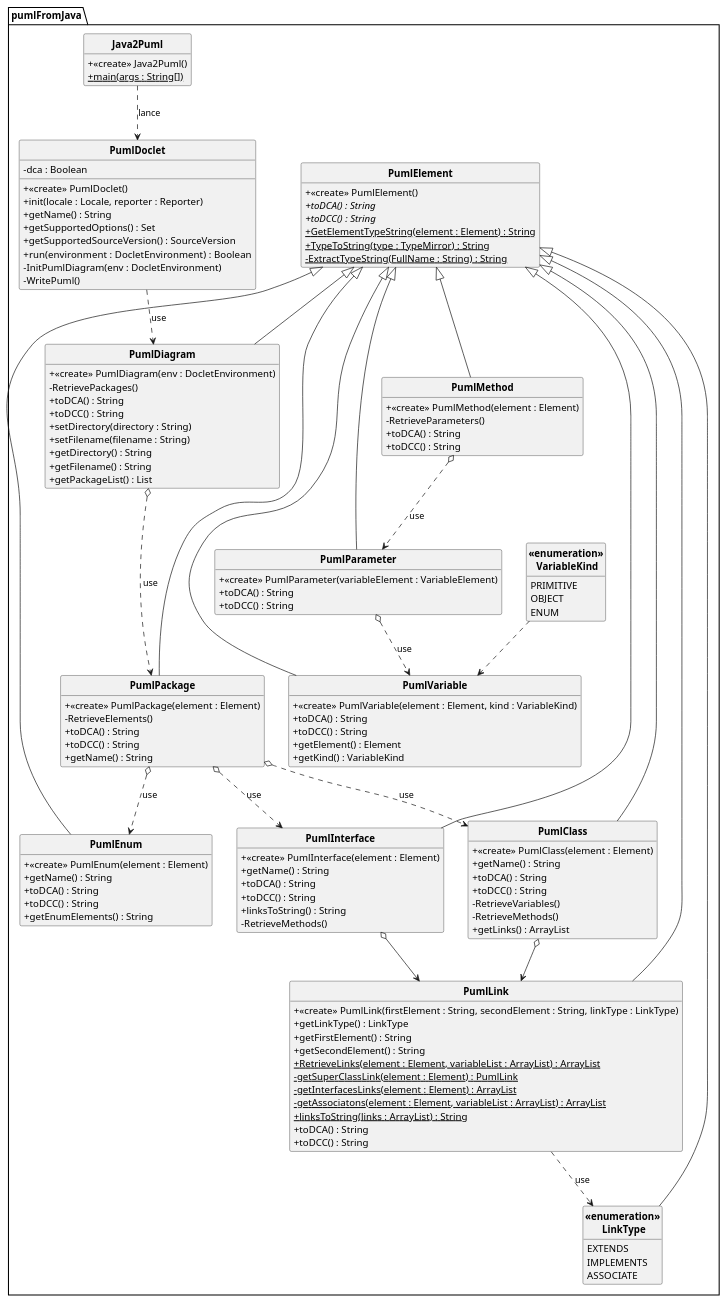
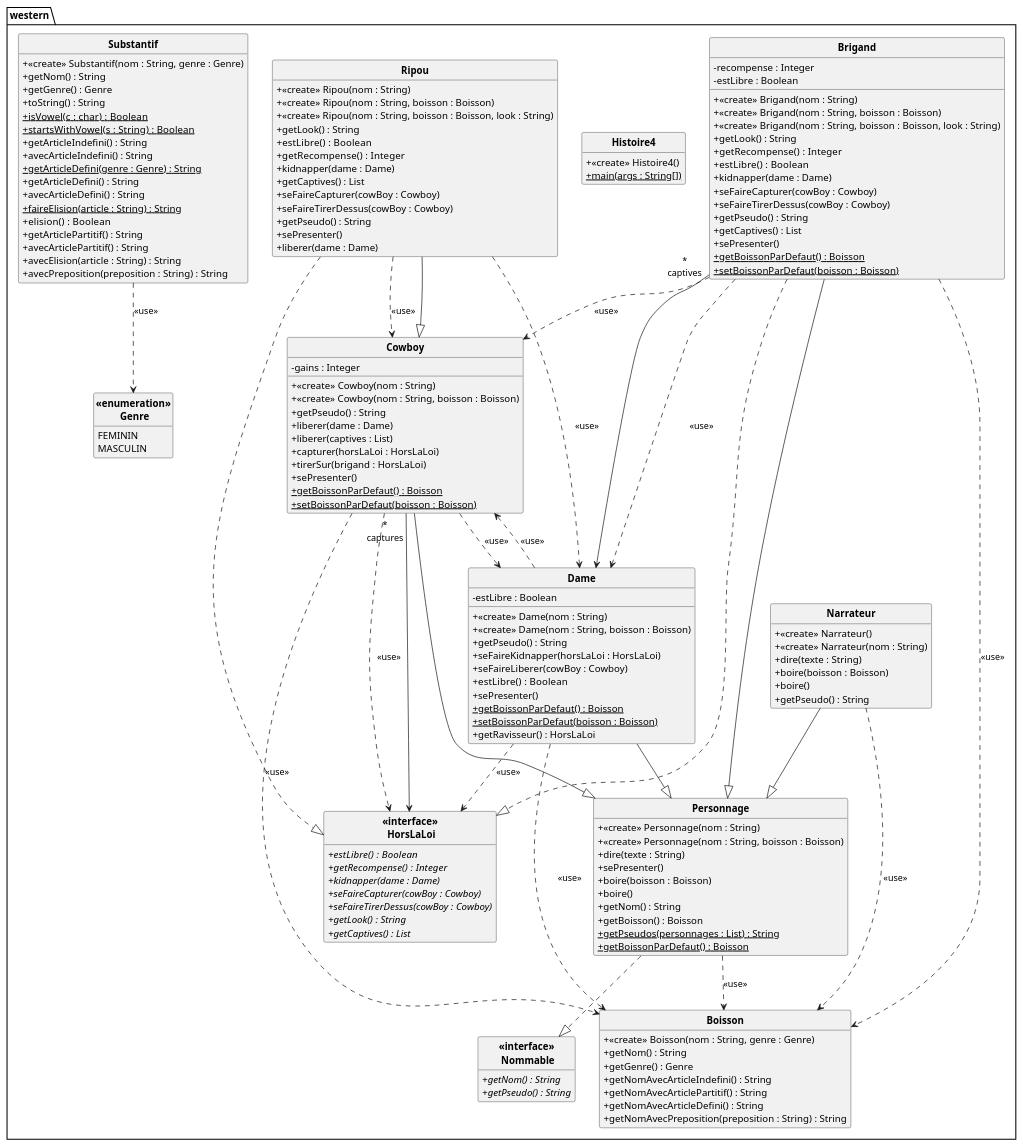
One commit to Lykomonix/API-JAVAtoPUML changed the diagram in uml/DCC API.puml. Above: the diagram before and after it, drawn with PlantUML. The commit also changed 2 other files, not shown here.

Commit message:
[*] DCA et DCC de l'API

```diff
--- a/uml/DCC API.puml
+++ b/uml/DCC API.puml
@@ -1,158 +1,198 @@
 @startuml
 
 skinparam style strictuml
 skinparam classAttributeIconSize 0
 skinparam classFontStyle Bold
 hide empty members
 
-Package "pumlFromJava" {
+Package "western" {
+class Boisson
+{
++ <<create>> Boisson(nom : String, genre : Genre)
++ getNom() : String
++ getGenre() : Genre
++ getNomAvecArticleIndefini() : String
++ getNomAvecArticlePartitif() : String
++ getNomAvecArticleDefini() : String
++ getNomAvecPreposition(preposition : String) : String
+}
 
-class Java2Puml
+class Brigand
 {
-+ <<create>> Java2Puml()
+- recompense : Integer
+- estLibre : Boolean
++ <<create>> Brigand(nom : String)
++ <<create>> Brigand(nom : String, boisson : Boisson)
++ <<create>> Brigand(nom : String, boisson : Boisson, look : String)
++ getLook() : String
++ getRecompense()  : Integer
++ estLibre()  : Boolean
++ kidnapper(dame : Dame)
++ seFaireCapturer(cowBoy : Cowboy)
++ seFaireTirerDessus(cowBoy : Cowboy)
++ getPseudo() : String
++ getCaptives() : List
++ sePresenter()
++ {static} getBoissonParDefaut() : Boisson
++ {static} setBoissonParDefaut(boisson : Boisson)
+}
+
+class Cowboy
+{
+- gains : Integer
++ <<create>> Cowboy(nom : String)
++ <<create>> Cowboy(nom : String, boisson : Boisson)
++ getPseudo() : String
++ liberer(dame : Dame)
++ liberer(captives : List)
++ capturer(horsLaLoi : HorsLaLoi)
++ tirerSur(brigand : HorsLaLoi)
++ sePresenter()
++ {static} getBoissonParDefaut() : Boisson
++ {static} setBoissonParDefaut(boisson : Boisson)
+}
+
+class Dame
+{
+- estLibre : Boolean
++ <<create>> Dame(nom : String)
++ <<create>> Dame(nom : String, boisson : Boisson)
++ getPseudo() : String
++ seFaireKidnapper(horsLaLoi : HorsLaLoi)
++ seFaireLiberer(cowBoy : Cowboy)
++ estLibre()  : Boolean
++ sePresenter()
++ {static} getBoissonParDefaut() : Boisson
++ {static} setBoissonParDefaut(boisson : Boisson)
++ getRavisseur() : HorsLaLoi
+}
+
+class Histoire4
+{
++ <<create>> Histoire4()
 + {static} main(args : String[])
 }
 
-class PumlClass extends PumlElement
+class Narrateur
 {
-+ <<create>> PumlClass(element : Element)
-+ getName() : String
-+ toDCA() : String
-+ toDCC() : String
-- RetrieveVariables()
-- RetrieveMethods()
-+ getLinks() : ArrayList
++ <<create>> Narrateur()
++ <<create>> Narrateur(nom : String)
++ dire(texte : String)
++ boire(boisson : Boisson)
++ boire()
++ getPseudo() : String
 }
 
-class PumlDiagram extends PumlElement
+class Personnage
 {
-+ <<create>> PumlDiagram(env : DocletEnvironment)
-- RetrievePackages()
-+ toDCA() : String
-+ toDCC() : String
-+ setDirectory(directory : String)
-+ setFilename(filename : String)
-+ getDirectory() : String
-+ getFilename() : String
-+ getPackageList() : List
++ <<create>> Personnage(nom : String)
++ <<create>> Personnage(nom : String, boisson : Boisson)
++ dire(texte : String)
++ sePresenter()
++ boire(boisson : Boisson)
++ boire()
++ getNom() : String
++ getBoisson() : Boisson
++ {static} getPseudos(personnages : List) : String
++ {static} getBoissonParDefaut() : Boisson
 }
 
-class PumlDoclet
+class Ripou
 {
-- dca : Boolean
-+ <<create>> PumlDoclet()
-+ init(locale : Locale, reporter : Reporter)
-+ getName() : String
-+ getSupportedOptions() : Set
-+ getSupportedSourceVersion() : SourceVersion
-+ run(environment : DocletEnvironment)  : Boolean
-- InitPumlDiagram(env : DocletEnvironment)
-- WritePuml()
++ <<create>> Ripou(nom : String)
++ <<create>> Ripou(nom : String, boisson : Boisson)
++ <<create>> Ripou(nom : String, boisson : Boisson, look : String)
++ getLook() : String
++ estLibre()  : Boolean
++ getRecompense()  : Integer
++ kidnapper(dame : Dame)
++ getCaptives() : List
++ seFaireCapturer(cowBoy : Cowboy)
++ seFaireTirerDessus(cowBoy : Cowboy)
++ getPseudo() : String
++ sePresenter()
++ liberer(dame : Dame)
 }
 
-class PumlElement
+class Substantif
 {
-+ <<create>> PumlElement()
-+ {abstract} toDCA() : String
-+ {abstract} toDCC() : String
-+ {static} GetElementTypeString(element : Element) : String
-+ {static} TypeToString(type : TypeMirror) : String
-- {static} ExtractTypeString(FullName : String) : String
++ <<create>> Substantif(nom : String, genre : Genre)
++ getNom() : String
++ getGenre() : Genre
++ toString() : String
++ {static} isVowel(c : char)  : Boolean
++ {static} startsWithVowel(s : String)  : Boolean
++ getArticleIndefini() : String
++ avecArticleIndefini() : String
++ {static} getArticleDefini(genre : Genre) : String
++ getArticleDefini() : String
++ avecArticleDefini() : String
++ {static} faireElision(article : String) : String
++ elision()  : Boolean
++ getArticlePartitif() : String
++ avecArticlePartitif() : String
++ avecElision(article : String) : String
++ avecPreposition(preposition : String) : String
 }
 
-class PumlEnum extends PumlElement
+class "<<interface>>\n HorsLaLoi" as HorsLaLoi
 {
-+ <<create>> PumlEnum(element : Element)
-+ getName() : String
-+ toDCA() : String
-+ toDCC() : String
-+ getEnumElements() : String
++ {abstract} estLibre()  : Boolean
++ {abstract} getRecompense()  : Integer
++ {abstract} kidnapper(dame : Dame)
++ {abstract} seFaireCapturer(cowBoy : Cowboy)
++ {abstract} seFaireTirerDessus(cowBoy : Cowboy)
++ {abstract} getLook() : String
++ {abstract} getCaptives() : List
+
 }
 
-class PumlInterface extends PumlElement
+class "<<interface>>\n Nommable" as Nommable
 {
-+ <<create>> PumlInterface(element : Element)
-+ getName() : String
-+ toDCA() : String
-+ toDCC() : String
-+ linksToString() : String
-- RetrieveMethods()
++ {abstract} getNom() : String
++ {abstract} getPseudo() : String
+
 }
 
-class PumlLink extends PumlElement
+class "<<enumeration>>\n Genre" as Genre
 {
-+ <<create>> PumlLink(firstElement : String, secondElement : String, linkType : LinkType)
-+ getLinkType() : LinkType
-+ getFirstElement() : String
-+ getSecondElement() : String
-+ {static} RetrieveLinks(element : Element, variableList : ArrayList) : ArrayList
-- {static} getSuperClassLink(element : Element) : PumlLink
-- {static} getInterfacesLinks(element : Element) : ArrayList
-- {static} getAssociatons(element : Element, variableList : ArrayList) : ArrayList
-+ {static} linksToString(links : ArrayList) : String
-+ toDCA() : String
-+ toDCC() : String
+FEMININ
+MASCULIN
 }
 
-class PumlMethod extends PumlElement
-{
-+ <<create>> PumlMethod(element : Element)
-- RetrieveParameters()
-+ toDCA() : String
-+ toDCC() : String
-}
 
-class PumlPackage extends PumlElement
-{
-+ <<create>> PumlPackage(element : Element)
-- RetrieveElements()
-+ toDCA() : String
-+ toDCC() : String
-+ getName() : String
-}
+Brigand --|> Personnage
+Brigand ..|> HorsLaLoi
+Brigand " * \n captives " --> Dame
+Brigand ..> Dame : <<use>>
+Brigand ..> Cowboy : <<use>>
+Brigand ..> Boisson : <<use>>
 
-class PumlParameter extends PumlElement
-{
-+ <<create>> PumlParameter(variableElement : VariableElement)
-+ toDCA() : String
-+ toDCC() : String
-}
+Cowboy --|> Personnage
+Cowboy " * \n captures " --> HorsLaLoi
+Cowboy ..> Dame : <<use>>
+Cowboy ..> HorsLaLoi : <<use>>
+Cowboy ..> Boisson : <<use>>
 
-class PumlVariable extends PumlElement
-{
-+ <<create>> PumlVariable(element : Element, kind : VariableKind)
-+ toDCA() : String
-+ toDCC() : String
-+ getElement() : Element
-+ getKind() : VariableKind
-}
+Dame --|> Personnage
+Dame ..> HorsLaLoi : <<use>>
+Dame ..> Cowboy : <<use>>
+Dame ..> Boisson : <<use>>
 
-class "<<enumeration>>\n LinkType" as LinkType extends PumlElement
-{
-EXTENDS
-IMPLEMENTS
-ASSOCIATE
-}
 
-class "<<enumeration>>\n VariableKind" as VariableKind
-{
-PRIMITIVE
-OBJECT
-ENUM
-}
+Narrateur --|> Personnage
+Narrateur ..> Boisson : <<use>>
 
-PumlDoclet ..> PumlDiagram : use
-Java2Puml ..> PumlDoclet : lance
-PumlDiagram o...> PumlPackage : use
-PumlPackage o..> PumlClass : use
-PumlPackage o..> PumlInterface : use
-PumlPackage o..> PumlEnum : use
-PumlLink ..> LinkType : use
-PumlInterface o--> PumlLink
-PumlClass o--> PumlLink
-VariableKind ..> PumlVariable
-PumlParameter o..> PumlVariable : use
-PumlMethod o..> PumlParameter : use
+Personnage ..|> Nommable
+Personnage ..> Boisson : <<use>>
+
+Ripou --|> Cowboy
+Ripou ..|> HorsLaLoi
+Ripou ..> Dame : <<use>>
+Ripou ..> Cowboy : <<use>>
+
+Substantif ..> Genre : <<use>>
+
 }
 
 @enduml
```
